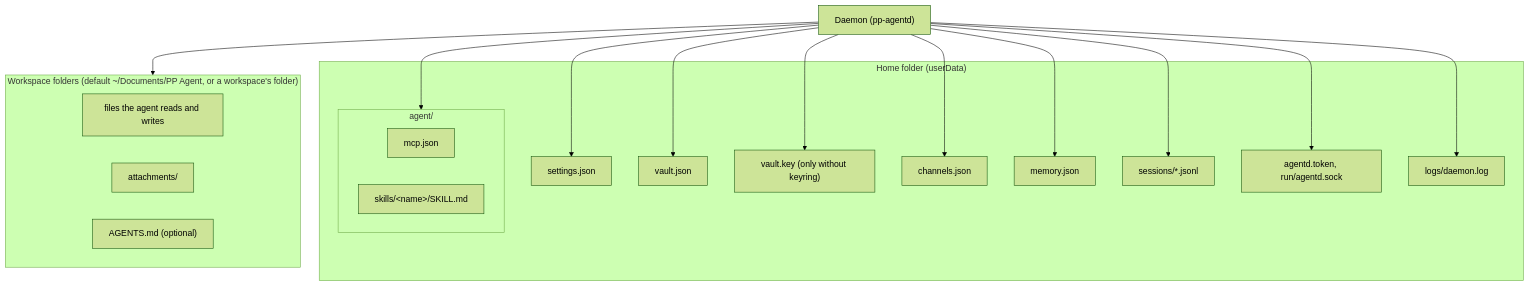
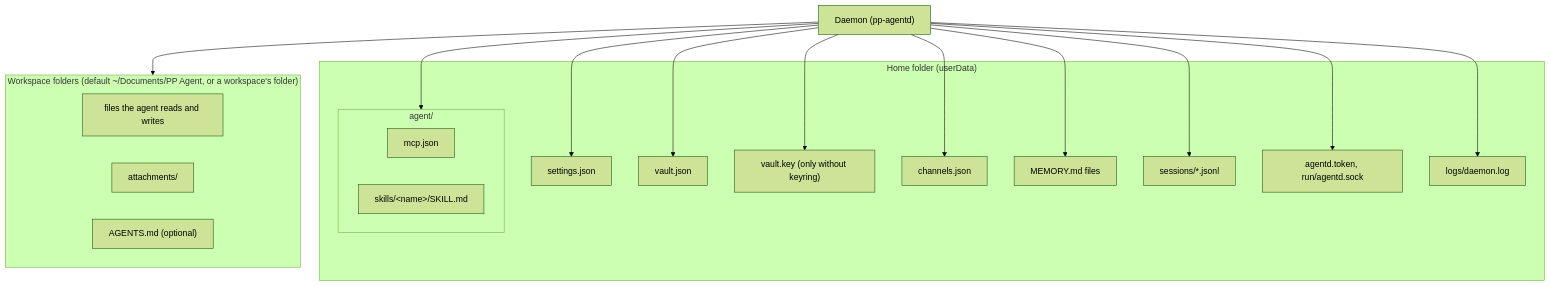
The diagram in docs/architecture/data-storage.md (pp-techs/pp-agent), drawn with Mermaid (forest theme) before and after one commit. The commit also changed other lines of this file and 21 other files, not shown here.

````diff
--- a/docs/architecture/data-storage.md
+++ b/docs/architecture/data-storage.md
@@ -5,32 +5,32 @@
 ```mermaid
 flowchart TB
   subgraph home["Home folder (userData)"]
     S["settings.json"]
     V["vault.json"]
     K["vault.key (only without keyring)"]
     CH["channels.json"]
-    MEM["memory.json"]
+    MEM["MEMORY.md files"]
     subgraph agentDir["agent/"]
       MJ["mcp.json"]
       SK["skills/&lt;name&gt;/SKILL.md"]
     end
     SE["sessions/*.jsonl"]
     TOK["agentd.token, run/agentd.sock"]
     LOG["logs/daemon.log"]
   end
   subgraph ws["Workspace folders (default ~/Documents/PP Agent, or a workspace's folder)"]
     W["files the agent reads and writes"]
     AT["attachments/"]
     AG["AGENTS.md (optional)"]
   end
   Daemon["Daemon (pp-agentd)"] --> S
   Daemon --> V
   Daemon --> K
   Daemon --> CH
   Daemon --> MEM
   Daemon --> agentDir
   Daemon --> SE
   Daemon --> TOK
   Daemon --> LOG
   Daemon --> ws
 ```
````
